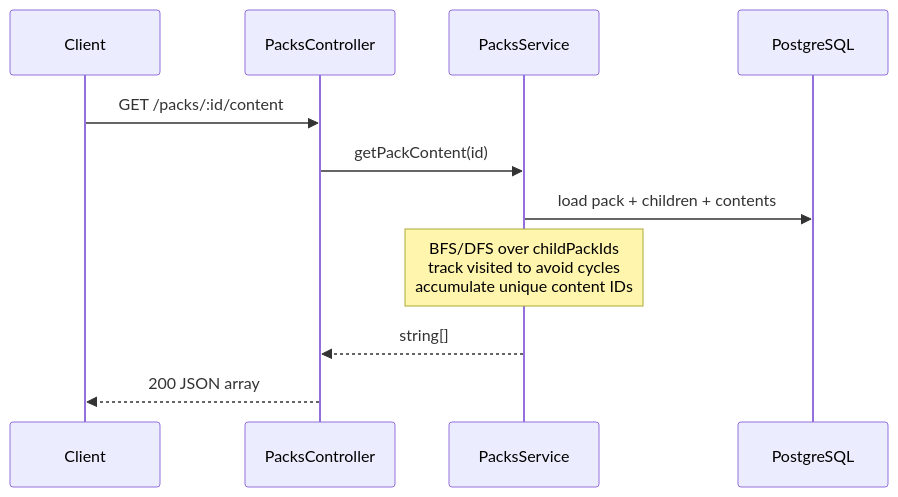
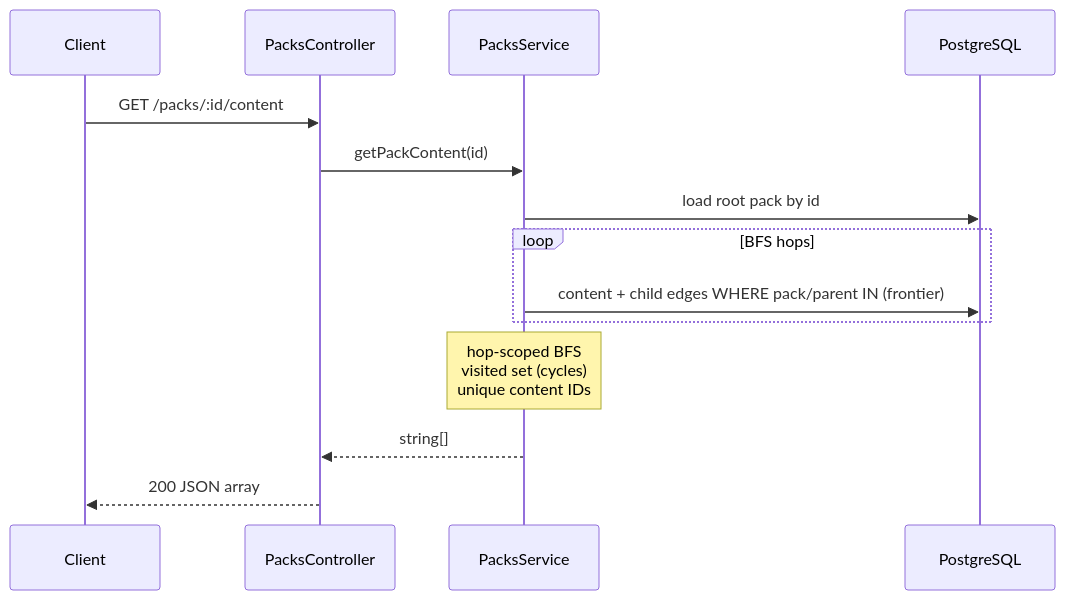
One commit to sadish-hub/toca-backend-assignment changed the fourth of 4 diagrams in docs/ARCHITECTURE.md. Above: the diagram before and after it, drawn with Mermaid. The commit also changed other lines of this file and 5 other files, not shown here.

Commit message:
perf: replace full-table pack graph loads with hop-scoped BFS queries

````diff
--- a/docs/ARCHITECTURE.md
+++ b/docs/ARCHITECTURE.md
@@ -93,14 +93,17 @@
 ```mermaid
 sequenceDiagram
   participant C as Client
   participant Ctrl as PacksController
   participant Svc as PacksService
   participant DB as PostgreSQL
 
   C->>Ctrl: GET /packs/:id/content
   Ctrl->>Svc: getPackContent(id)
-  Svc->>DB: load pack + children + contents
-  Note over Svc: BFS/DFS over childPackIds<br/>track visited to avoid cycles<br/>accumulate unique content IDs
+  Svc->>DB: load root pack by id
+  loop BFS hops
+    Svc->>DB: content + child edges WHERE pack/parent IN (frontier)
+  end
+  Note over Svc: hop-scoped BFS<br/>visited set (cycles)<br/>unique content IDs
   Svc-->>Ctrl: string[]
   Ctrl-->>C: 200 JSON array
 ```
````
